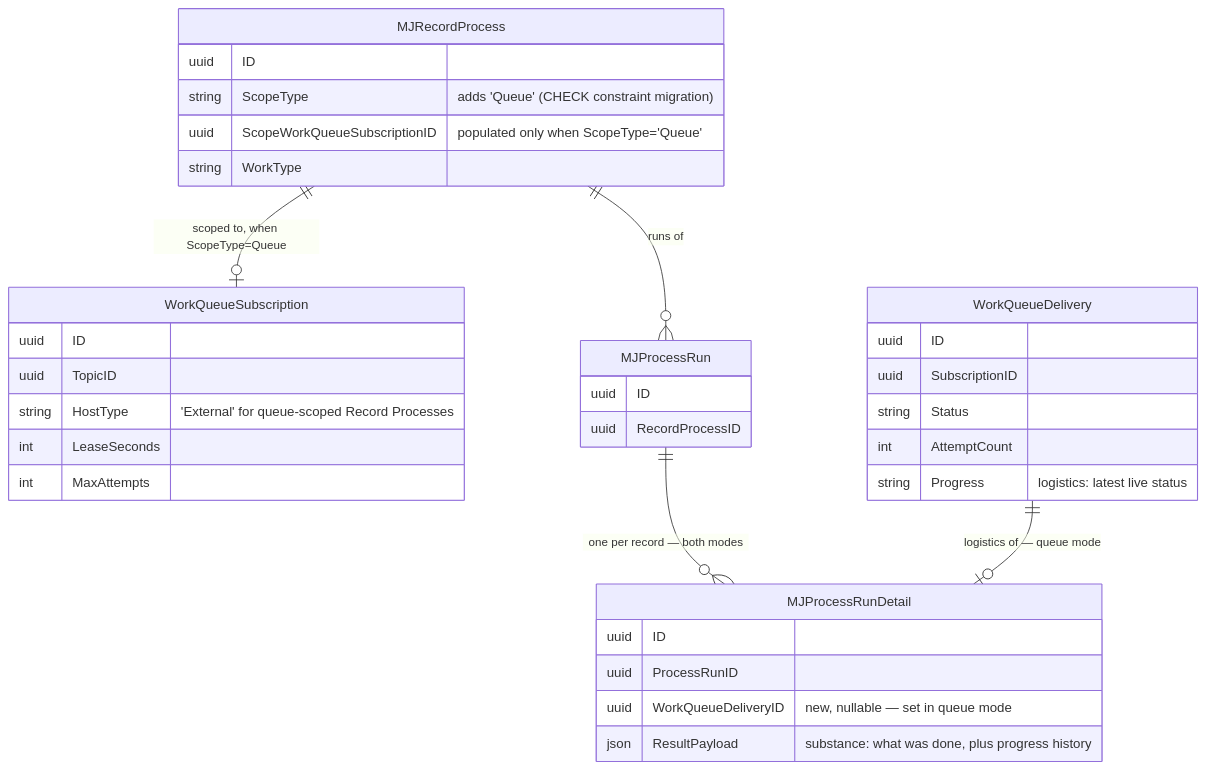
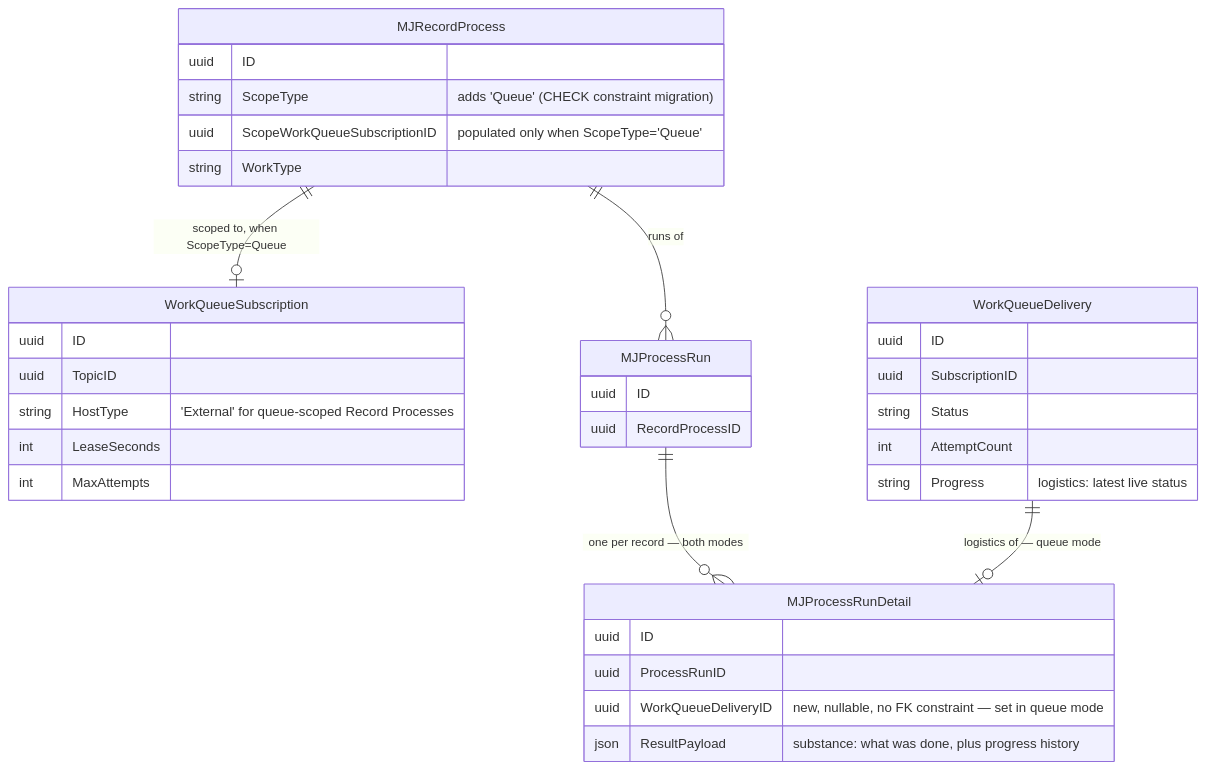
One commit to MemberJunction/MJ changed the first of 2 diagrams in plans/content-pipeline-framework-merged.md. Above: the diagram before and after it, drawn with Mermaid. The commit also changed other lines of this file, not shown here.

````diff
--- a/plans/content-pipeline-framework-merged.md
+++ b/plans/content-pipeline-framework-merged.md
@@ -88,38 +89,38 @@
 ```mermaid
 erDiagram
     MJRecordProcess {
         uuid ID
         string ScopeType "adds 'Queue' (CHECK constraint migration)"
         uuid ScopeWorkQueueSubscriptionID "populated only when ScopeType='Queue'"
         string WorkType
     }
     WorkQueueSubscription {
         uuid ID
         uuid TopicID
         string HostType "'External' for queue-scoped Record Processes"
         int LeaseSeconds
         int MaxAttempts
     }
     MJProcessRun {
         uuid ID
         uuid RecordProcessID
     }
     MJProcessRunDetail {
         uuid ID
         uuid ProcessRunID
-        uuid WorkQueueDeliveryID "new, nullable — set in queue mode"
+        uuid WorkQueueDeliveryID "new, nullable, no FK constraint — set in queue mode"
         json ResultPayload "substance: what was done, plus progress history"
     }
     WorkQueueDelivery {
         uuid ID
         uuid SubscriptionID
         string Status
         int AttemptCount
         string Progress "logistics: latest live status"
     }
 
     MJRecordProcess ||--o| WorkQueueSubscription : "scoped to, when ScopeType=Queue"
     MJRecordProcess ||--o{ MJProcessRun : "runs of"
     MJProcessRun ||--o{ MJProcessRunDetail : "one per record — both modes"
     WorkQueueDelivery ||--o| MJProcessRunDetail : "logistics of — queue mode"
 ```
````
